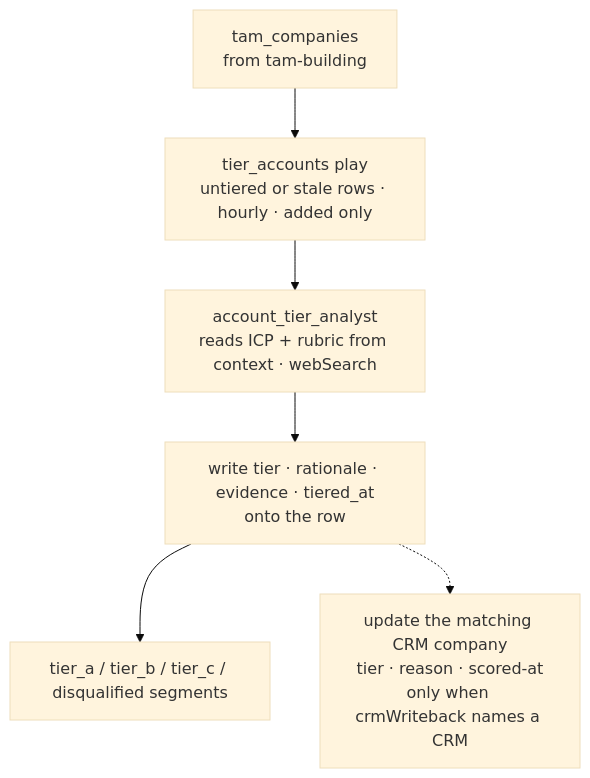
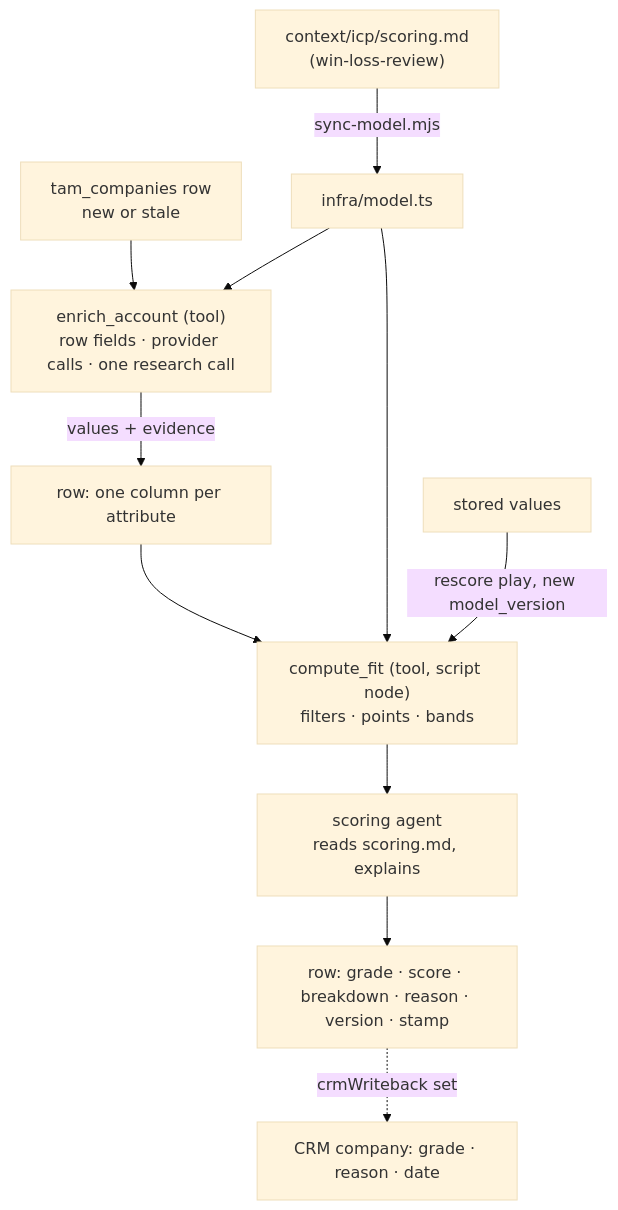
Before and after one commit to getcargohq/gtm-skills: the diagram in account-scoring/README.md, drawn with Mermaid (base theme). The commit also changed other lines of this file and 35 other files, not shown here.

First line of the commit message:
account-scoring 1.0: enrich for the fit model, then compute the grade in code

````diff
--- a/account-scoring/README.md
+++ b/account-scoring/README.md
@@ -89,12 +56,13 @@
 ```mermaid
 flowchart TD
-    tam["tam_companies<br/>from tam-building"]
-    play["tier_accounts play<br/>untiered or stale rows · hourly · added only"]
-    agent["account_tier_analyst<br/>reads ICP + rubric from context · webSearch"]
-    write["write tier · rationale · evidence · tiered_at<br/>onto the row"]
-    segments["tier_a / tier_b / tier_c / disqualified segments"]
-    crm["update the matching CRM company<br/>tier · reason · scored-at<br/>only when crmWriteback names a CRM"]
-
-    tam --> play --> agent --> write --> segments
-    write -.-> crm
+  md["context/icp/scoring.md<br/>(win-loss-review)"] -->|sync-model.mjs| model["infra/model.ts"]
+  row["tam_companies row<br/>new or stale"] --> enrich["enrich_account (tool)<br/>row fields · provider calls · one research call"]
+  model --> enrich
+  enrich -->|values + evidence| write1["row: one column per attribute"]
+  write1 --> compute["compute_fit (tool, script node)<br/>filters · points · bands"]
+  model --> compute
+  compute --> agent["scoring agent<br/>reads scoring.md, explains"]
+  agent --> write2["row: grade · score · breakdown · reason · version · stamp"]
+  write2 -.->|crmWriteback set| crm["CRM company: grade · reason · date"]
+  stored["stored values"] -->|rescore play, new model_version| compute
 ```
````
